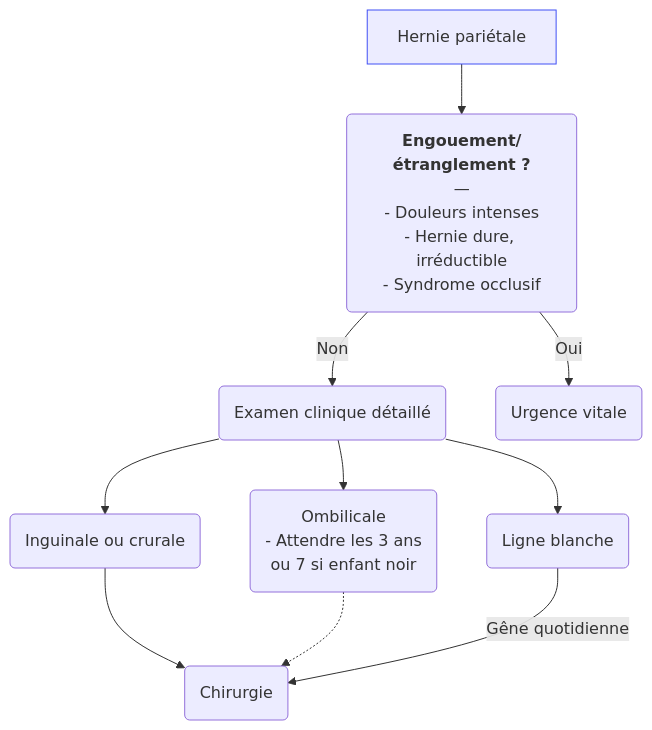
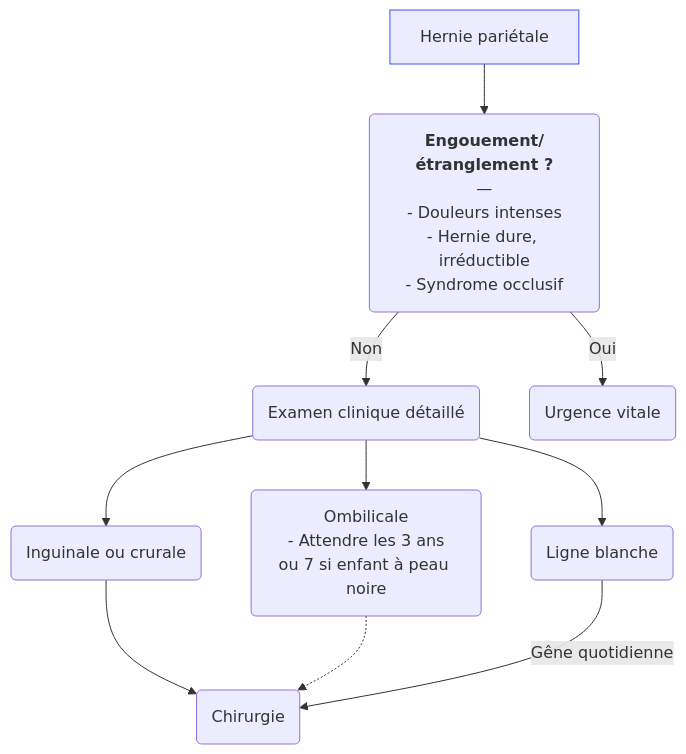
The diagram in content/recommandations/hernie-parietale.md (djibe/recommandations-medicales), drawn with Mermaid before and after one commit. The commit also changed other lines of this file and 6 other files, not shown here.

```diff
--- a/content/recommandations/hernie-parietale.md
+++ b/content/recommandations/hernie-parietale.md
@@ -162,11 +162,11 @@
 {{< mermaid title="Conduite à tenir et prise en charge d'une hernie pariétale. Dr JB Fron d'après HAS et Collèges" >}}
 graph TB
   hernie[Hernie pariétale]
   style hernie stroke:#4150f5, stroke-width:1px
     hernie --> etranglement("<b>Engouement/étranglement ?</b><br>—<br>- Douleurs intenses<br>- Hernie dure, irréductible<br>- Syndrome occlusif")
       etranglement -- Non --> clinique(Examen clinique détaillé)
         clinique --> inguinale(Inguinale ou crurale) --> chirurgie(Chirurgie)
-        clinique --> ombilicale(Ombilicale<br>- Attendre les 3 ans<br>ou 7 si enfant noir) -.-> chirurgie
+        clinique --> ombilicale(Ombilicale<br>- Attendre les 3 ans<br>ou 7 si enfant à peau noire) -.-> chirurgie
         clinique --> ligneBlanche(Ligne blanche) -- Gêne quotidienne --> chirurgie
       etranglement -- Oui --> urgences(Urgence vitale)
 {{< /mermaid >}}
```
